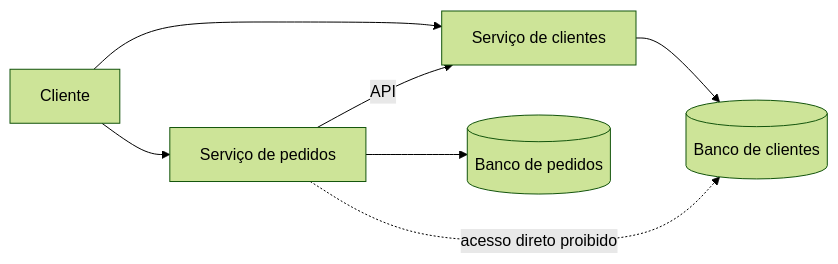
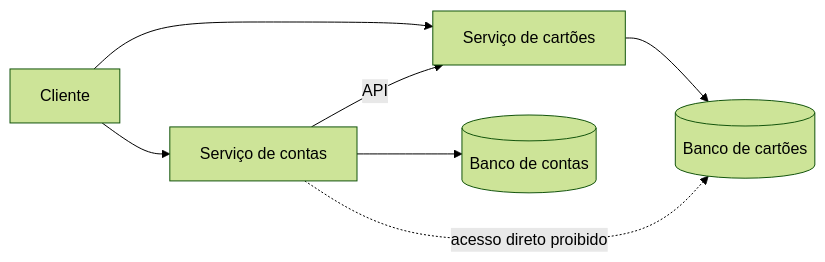
Before and after one commit to alancesar/design-patterns: the diagram in docs/architecture/microservices/service-collaboration/database-per-service.md, drawn with Mermaid (forest theme). The commit also changed other lines of this file and 27 other files, not shown here.

Commit message:
Switch microservices concrete diagrams to fintech scenarios

````diff
--- a/docs/architecture/microservices/service-collaboration/database-per-service.md
+++ b/docs/architecture/microservices/service-collaboration/database-per-service.md
@@ -57,9 +57,9 @@
 ```mermaid
 flowchart LR
-    C["Cliente"] --> OS["Serviço de pedidos"]
-    C --> CS["Serviço de clientes"]
-    OS --> ODB[("Banco de pedidos")]
-    CS --> CDB[("Banco de clientes")]
-    OS -->|"API"| CS
-    OS -.->|"acesso direto proibido"| CDB
+    C["Cliente"] --> ACC["Serviço de contas"]
+    C --> CS["Serviço de cartões"]
+    ACC --> ADB[("Banco de contas")]
+    CS --> CDB[("Banco de cartões")]
+    ACC -->|"API"| CS
+    ACC -.->|"acesso direto proibido"| CDB
 ```
````
